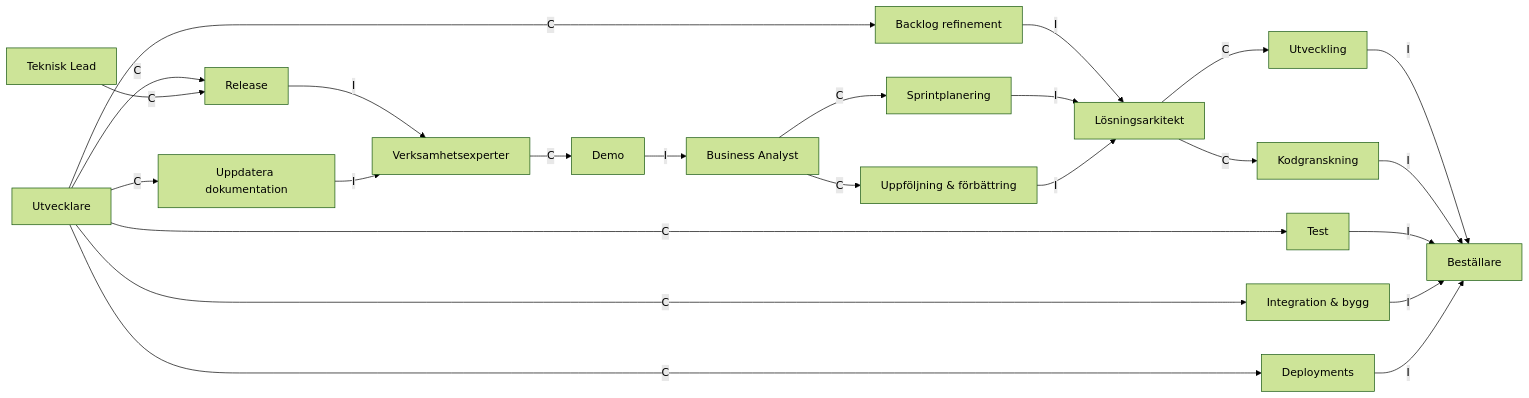
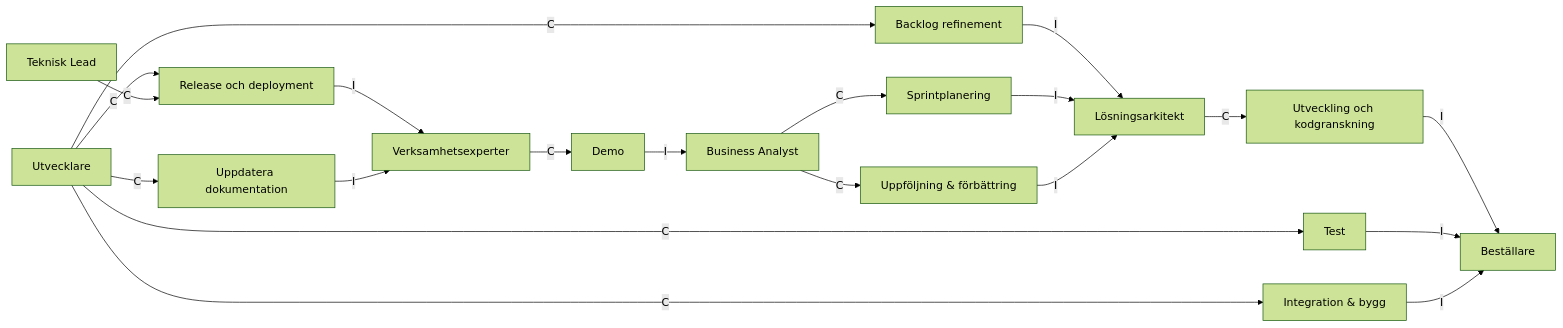
The third of 3 diagrams in framework/standard/RACI/4. Leverans.md (Riniga/valuestream-os), drawn with Mermaid (forest theme) before and after one commit. The commit also changed other lines of this file and 17 other files, not shown here.

````diff
--- a/framework/standard/RACI/4. Leverans.md
+++ b/framework/standard/RACI/4. Leverans.md
@@ -81,46 +72,40 @@
 ```mermaid
 flowchart LR
     A1["Backlog refinement"]
     A2["Sprintplanering"]
-    B1["Utveckling"]
-    B2["Kodgranskning"]
-    B3["Test"]
+    B1["Utveckling och kodgranskning"]
+    B2["Test"]
     C1["Integration & bygg"]
     D1["Demo"]
-    E1["Release"]
-    F1["Deployments"]
+    E1["Release och deployment"]
     E2["Uppdatera dokumentation"]
     G1["Uppföljning & förbättring"]
 
     UT["Utvecklare"]
     LA["Lösningsarkitekt"]
     VX["Verksamhetsexperter"]
     TL["Teknisk Lead"]
     BA["Business Analyst"]
     BE["Beställare"]
 
     UT -- C --> A1
     BA -- C --> A2
     LA -- C --> B1
-    LA -- C --> B2
-    UT -- C --> B3
+    UT -- C --> B2
     UT -- C --> C1
     VX -- C --> D1
     UT -- C --> E1
     TL -- C --> E1
-    UT -- C --> F1
     UT -- C --> E2
     BA -- C --> G1
 
     A1 -- I --> LA
     A2 -- I --> LA
     B1 -- I --> BE
     B2 -- I --> BE
-    B3 -- I --> BE
     C1 -- I --> BE
     D1 -- I --> BA
     E1 -- I --> VX
-    F1 -- I --> BE
     E2 -- I --> VX
     G1 -- I --> LA
 ```
````
